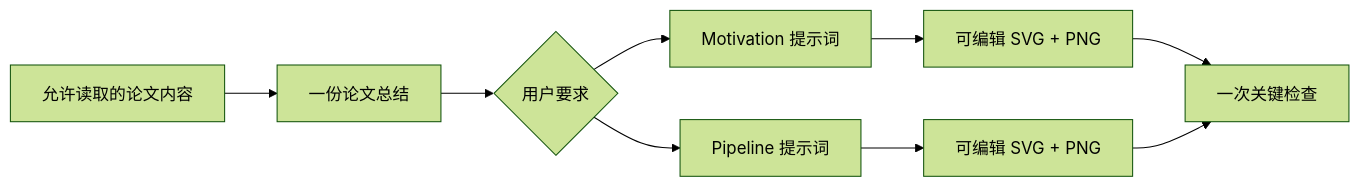
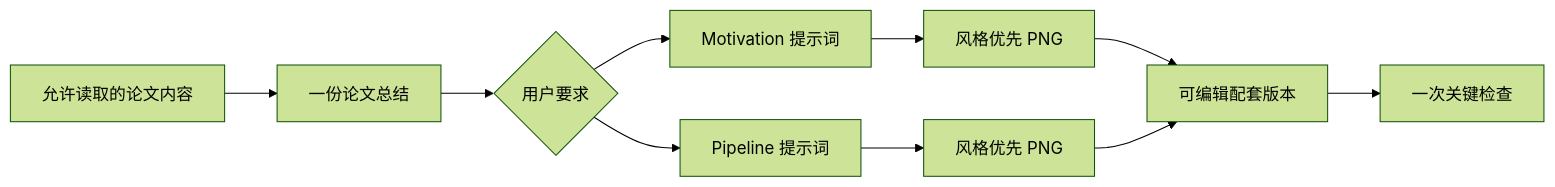
Before and after one commit to KaiyiHu/ResearchFigureSkill: the diagram in README.zh-CN.md, drawn with Mermaid (forest theme). The commit also changed other lines of this file and 7 other files, not shown here.

Commit message:
Restore reference-led hand-drawn figure style

````diff
--- a/README.zh-CN.md
+++ b/README.zh-CN.md
@@ -12,11 +12,12 @@
 ```mermaid
 flowchart LR
     A["允许读取的论文内容"] --> B["一份论文总结"]
     B --> C{"用户要求"}
     C --> D["Motivation 提示词"]
     C --> E["Pipeline 提示词"]
-    D --> F["可编辑 SVG + PNG"]
-    E --> G["可编辑 SVG + PNG"]
-    F --> H["一次关键检查"]
+    D --> F["风格优先 PNG"]
+    E --> G["风格优先 PNG"]
+    F --> H["可编辑配套版本"]
     G --> H
+    H --> I["一次关键检查"]
 ```
````
